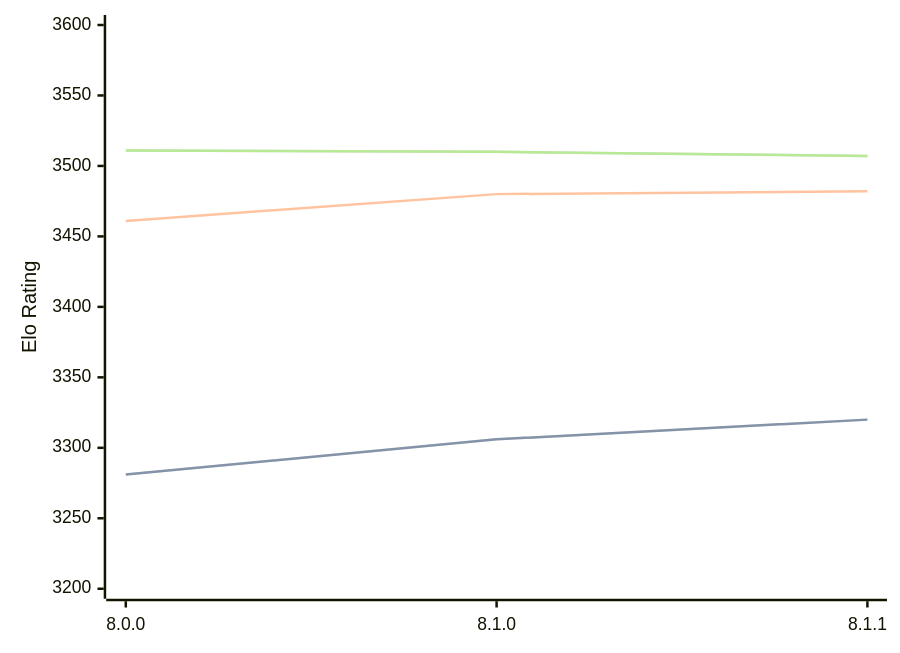
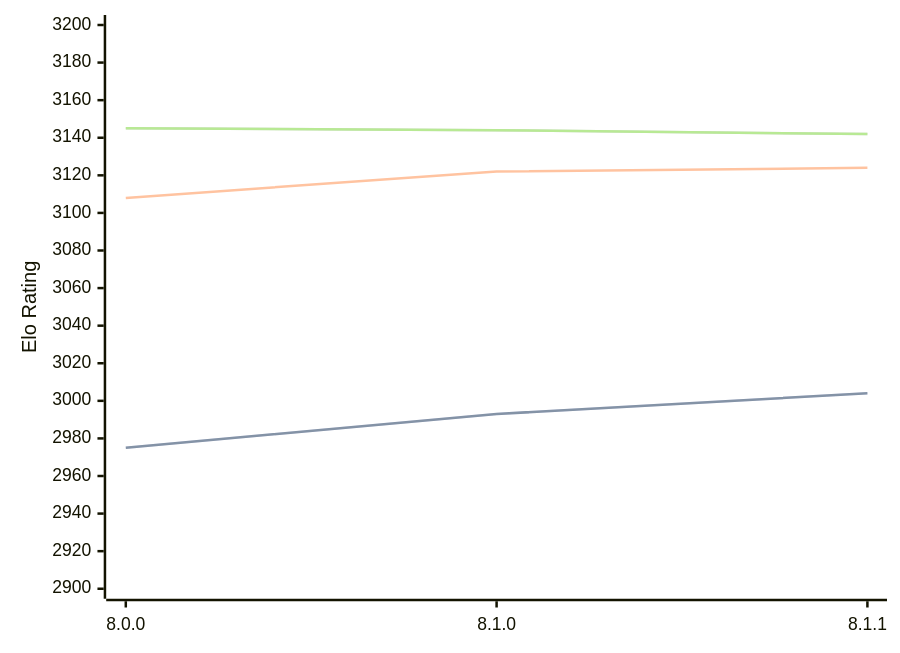
One commit to computer-chess-index/cci changed the diagram in engines/Velvet.md. Above: the diagram before and after it, drawn with Mermaid. The commit also changed other lines of this file, not shown here.

Commit message:
Update CCI Ratings (ELO VLTC) - 2026-02-23

````diff
--- a/engines/Velvet.md
+++ b/engines/Velvet.md
@@ -54,11 +54,11 @@
 ```mermaid
 %%{init: {"theme":"base","themeVariables":{"seriesColors:['#a3a3a3','#222221','#faa371']}}}%%
 xychart-beta
   x-axis ["8.0.0", "8.1.0", "8.1.1"]
-  y-axis "Elo Rating" 3200 --> 3600
-  line "STC (8.0+0.08s)" [3281, 3306, 3320]
-  line "STC (8.0+0.08s)" [3281, 3306, 3320]
-  line "LTC (60.0+0.60s)" [3461, 3480, 3482]
-  line "VLTC (2m24s+1.12s)" [3511, 3510, 3507]
-  line "VLTC (2m24s+1.12s)" [3511, 3510, 3507]
+  y-axis "Elo Rating" 2900 --> 3200
+  line "STC (8.0+0.08s)" [2975, 2993, 3004]
+  line "STC (8.0+0.08s)" [2975, 2993, 3004]
+  line "LTC (60.0+0.60s)" [3108, 3122, 3124]
+  line "VLTC (2m24s+1.12s)" [3145, 3144, 3142]
+  line "VLTC (2m24s+1.12s)" [3145, 3144, 3142]
 ```
````
